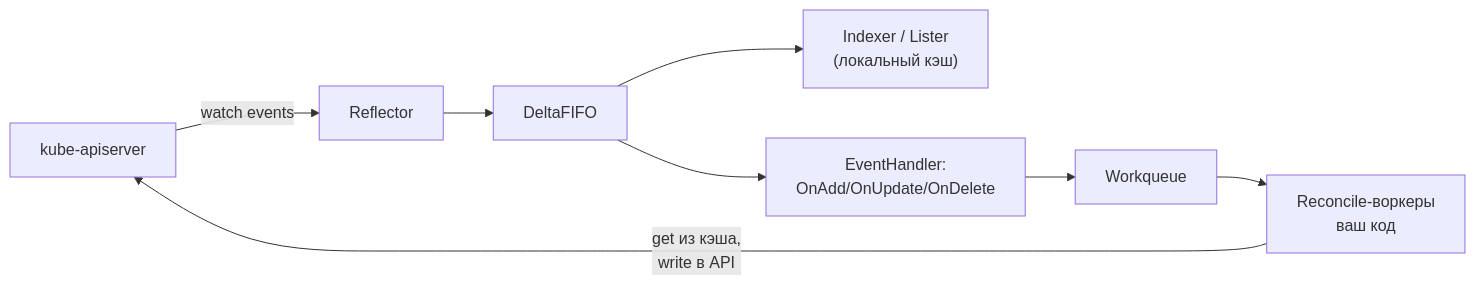
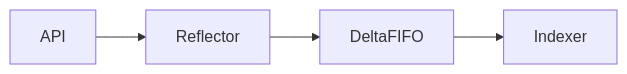
One commit to alisaalisaalisaalisas/doka changed the first of 17 diagrams in docs/08-programming-python-go/07-go-k8s-client-go.md. Above: the diagram before and after it, drawn with Mermaid. The commit also changed other lines of this file and 362 other files, not shown here.

````diff
--- a/docs/08-programming-python-go/07-go-k8s-client-go.md
+++ b/docs/08-programming-python-go/07-go-k8s-client-go.md
@@ -7,10 +19,6 @@
 ```mermaid
 flowchart LR
-    API["kube-apiserver"] -->|"watch events"| Reflector["Reflector"]
-    Reflector --> DQ["DeltaFIFO"]
-    DQ --> IDX["Indexer / Lister<br/>(локальный кэш)"]
-    DQ --> H["EventHandler:<br/>OnAdd/OnUpdate/OnDelete"]
-    H --> WQ["Workqueue"]
-    WQ --> RC["Reconcile-воркеры<br/>ваш код"]
-    RC -->|"get из кэша,<br/>write в API"| API
+    A["API"] --> B["Reflector"]
+    B --> C["DeltaFIFO"]
+    C --> D["Indexer"]
 ```
````
